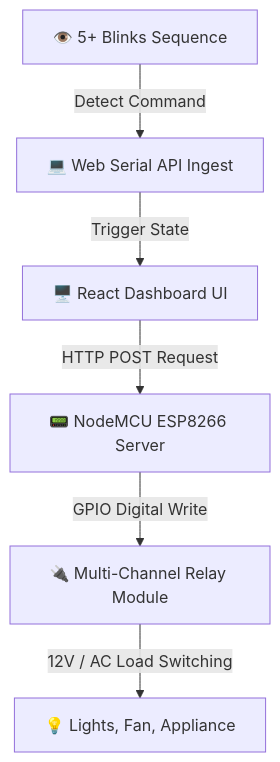
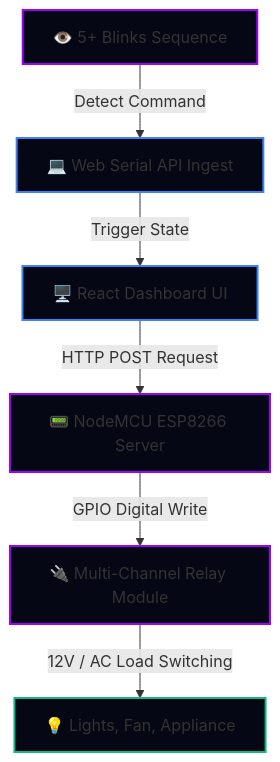
One commit to developer-gaurang/NuroNode-AI changed the second of 4 diagrams in README.md. Above: the diagram before and after it, drawn with Mermaid. The commit also changed other lines of this file and 3 other files, not shown here.

Commit message:
docs: upgrade README with high-fidelity system architecture, animated HUD hero, and roadmap SVGs

````diff
--- a/README.md
+++ b/README.md
@@ -124,8 +106,14 @@
 ```mermaid
 graph TD
     Blink[👁️ 5+ Blinks Sequence] -->|Detect Command| WebSerial[💻 Web Serial API Ingest]
     WebSerial -->|Trigger State| React[🖥️ React Dashboard UI]
     React -->|HTTP POST Request| ESP8266[📟 NodeMCU ESP8266 Server]
     ESP8266 -->|GPIO Digital Write| Relay[🔌 Multi-Channel Relay Module]
     Relay -->|12V / AC Load Switching| Appliance[💡 Lights, Fan, Appliance]
+    style Blink fill:#050814,stroke:#9E00FF,stroke-width:2px;
+    style WebSerial fill:#050814,stroke:#3B82F6,stroke-width:2px;
+    style React fill:#050814,stroke:#3B82F6,stroke-width:2px;
+    style ESP8266 fill:#050814,stroke:#9E00FF,stroke-width:2px;
+    style Relay fill:#050814,stroke:#9E00FF,stroke-width:2px;
+    style Appliance fill:#050814,stroke:#10B981,stroke-width:2px;
 ```
````
